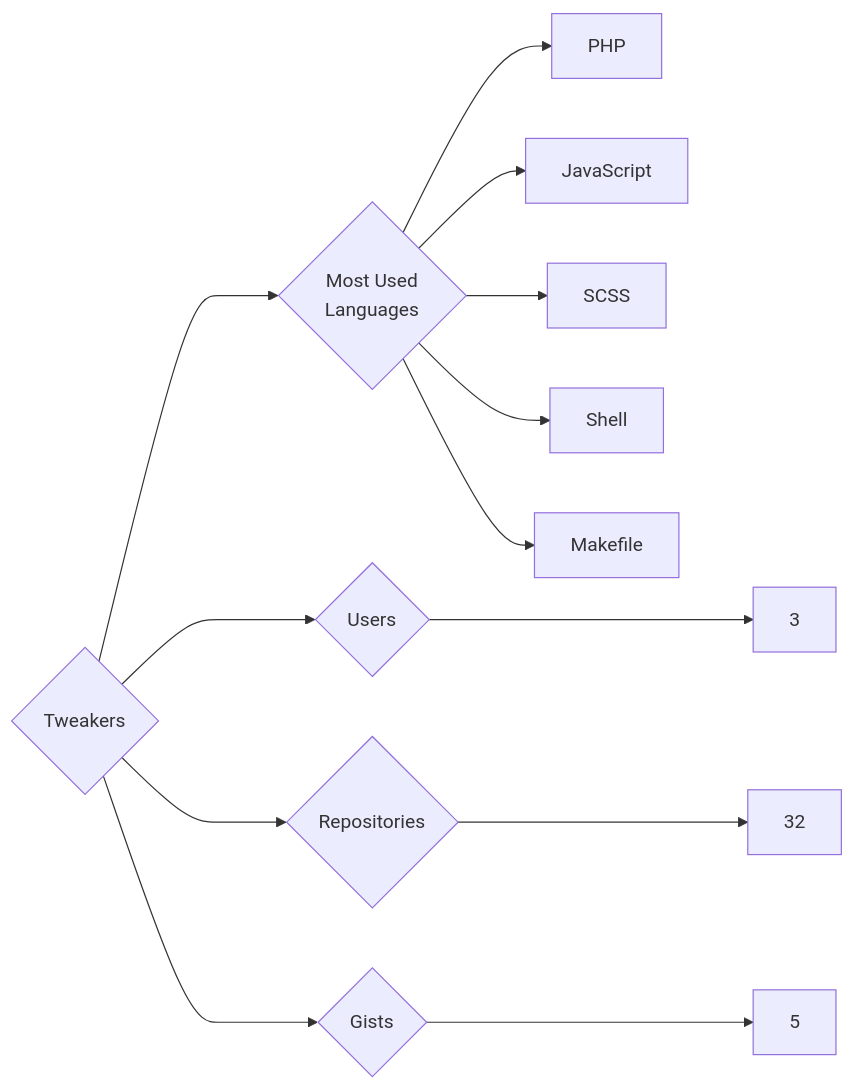
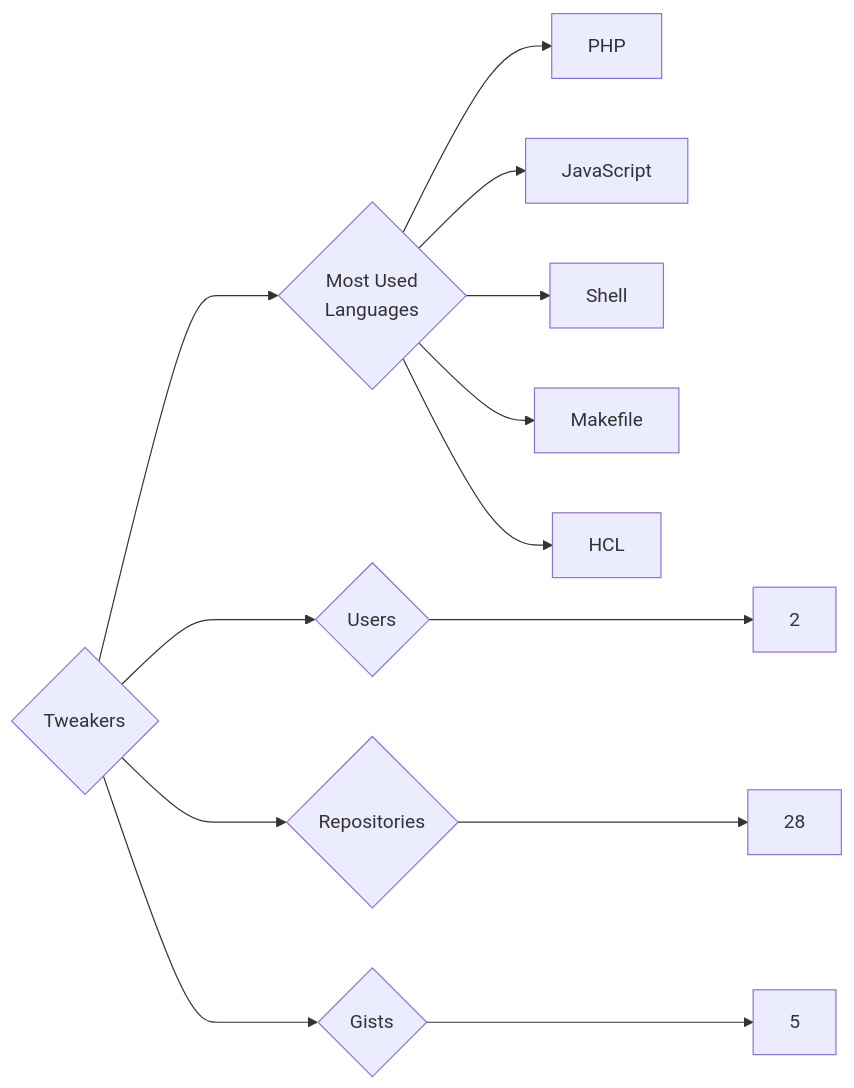
Before and after one commit to trickest/insiders: the diagram in targets/Tweakers/README.md, drawn with Mermaid. The commit also changed 860 other files, not shown here.

````diff
--- a/targets/Tweakers/README.md
+++ b/targets/Tweakers/README.md
@@ -3,13 +3,13 @@
 ```mermaid
 graph LR
 COMPANY_NAME{Tweakers}
-COMPANY_NAME ---> U{Users} ---> UN[3]
-COMPANY_NAME ---> R{Repositories} ---> RN[32]
+COMPANY_NAME ---> U{Users} ---> UN[2]
+COMPANY_NAME ---> R{Repositories} ---> RN[28]
 COMPANY_NAME ---> G{Gists} ---> GN[5]
 COMPANY_NAME ---> ML{Most Used<br>Languages}
 ML --> PHP[PHP]
 ML --> JavaScript[JavaScript]
-ML --> SCSS[SCSS]
 ML --> Shell[Shell]
 ML --> Makefile[Makefile]
+ML --> HCL[HCL]
 ```
````
